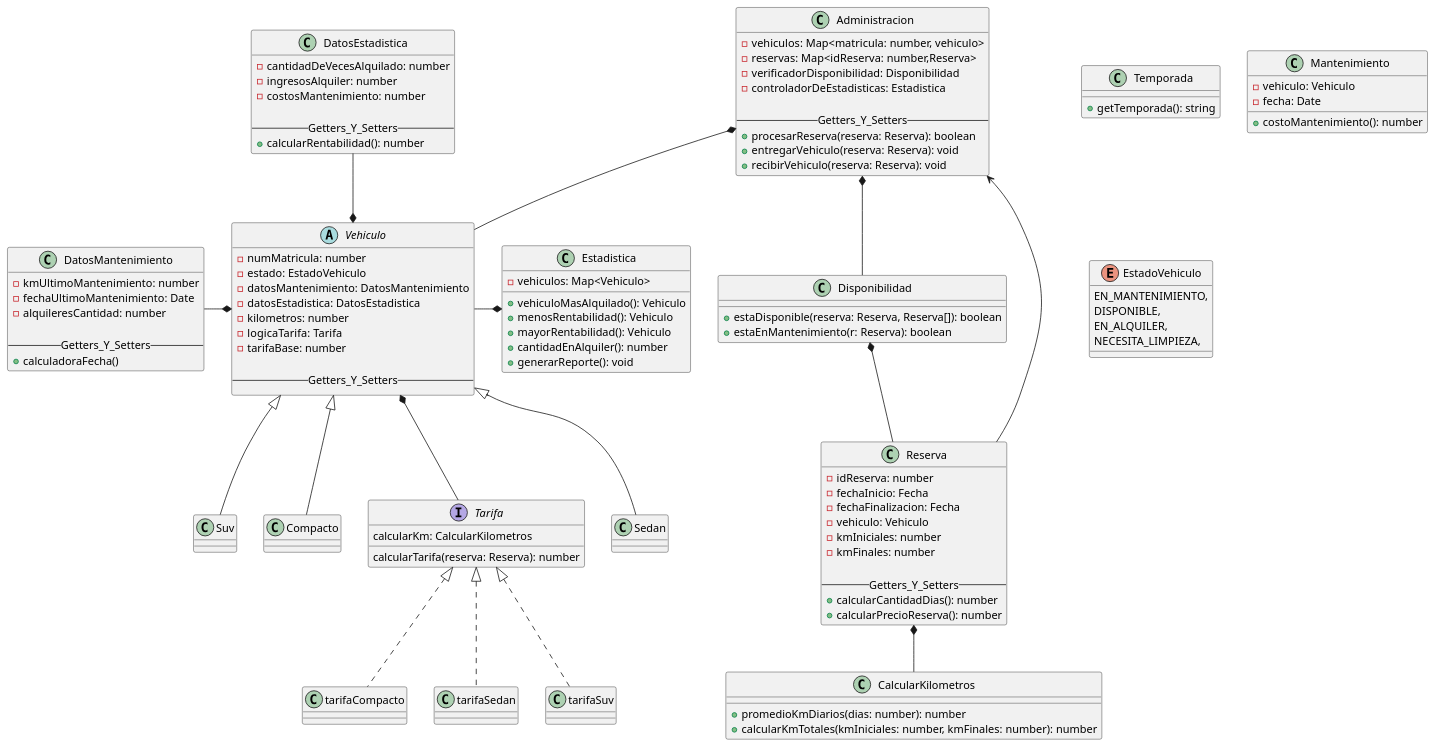
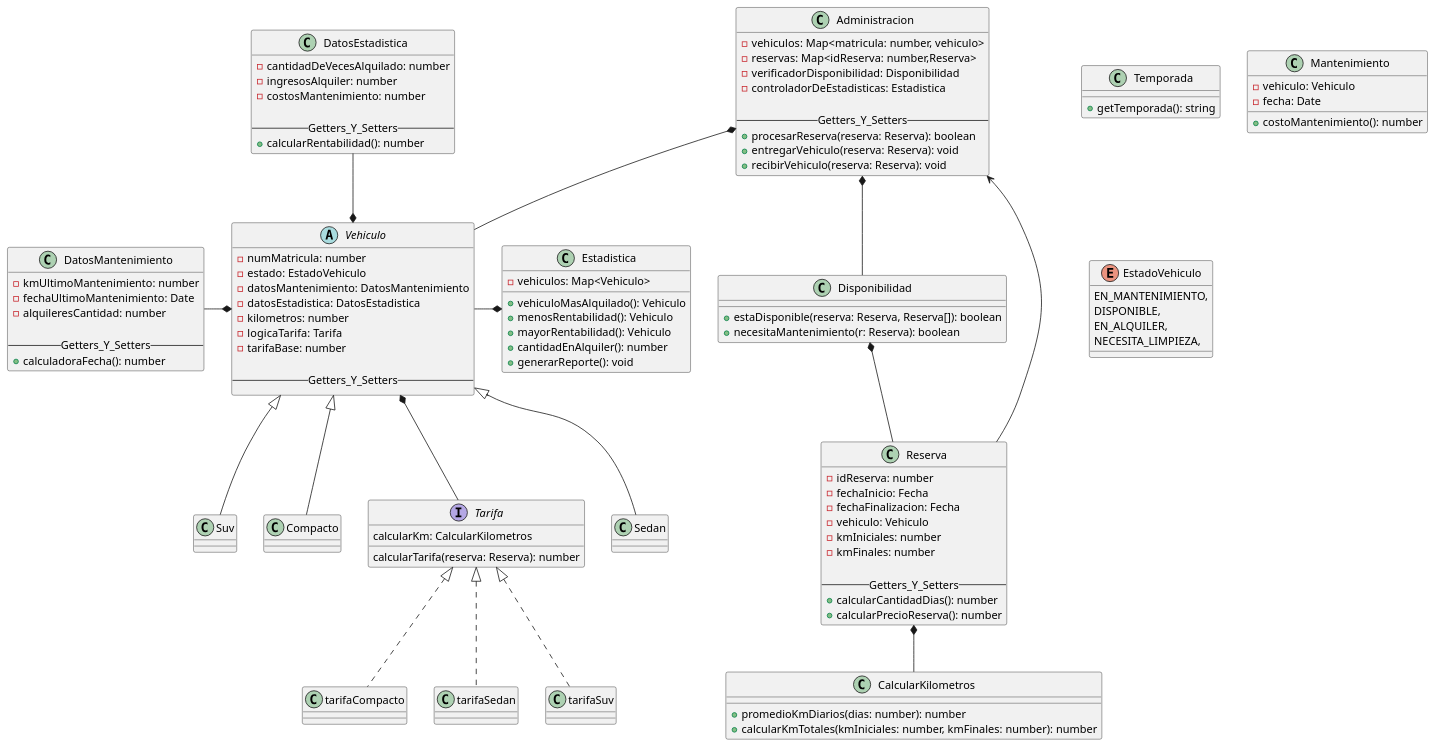
The diagram in diagrama/DiagramaDeClases_enu2.puml (Nash-Blip/Programaci-n-II), drawn with PlantUML before and after one commit. The commit also changed 2 other files, not shown here.

```diff
--- a/diagrama/DiagramaDeClases_enu2.puml
+++ b/diagrama/DiagramaDeClases_enu2.puml
@@ -1,122 +1,122 @@
 @startuml name prototipoTP
 
 abstract class Vehiculo{
     - numMatricula: number
     - estado: EstadoVehiculo
     - datosMantenimiento: DatosMantenimiento
     - datosEstadistica: DatosEstadistica
     - kilometros: number
     - logicaTarifa: Tarifa
     - tarifaBase: number
 
     --Getters_Y_Setters--
 }
 
 class Sedan extends Vehiculo{}
 class Suv extends Vehiculo{}
 class Compacto extends Vehiculo{}
 
 class Temporada{
     +getTemporada(): string
 }
 
 class DatosEstadistica{
     -cantidadDeVecesAlquilado: number
     -ingresosAlquiler: number
     -costosMantenimiento: number
 
     --Getters_Y_Setters--
     +calcularRentabilidad(): number
 }
 
 class Mantenimiento{
     -vehiculo: Vehiculo
     -fecha: Date
 
     +costoMantenimiento(): number
 }
 
 class DatosMantenimiento{
     -kmUltimoMantenimiento: number
     -fechaUltimoMantenimiento: Date 
     -alquileresCantidad: number
 
     --Getters_Y_Setters--
-    + calculadoraFecha()
+    + calculadoraFecha(): number
 }
 
 interface Tarifa{
     calcularKm: CalcularKilometros
     calcularTarifa(reserva: Reserva): number
 }
 
 class tarifaSuv implements Tarifa{}
 
 class tarifaCompacto implements Tarifa{}
 
 class tarifaSedan implements Tarifa{}
 
 class Reserva{
     -idReserva: number
     -fechaInicio: Fecha
     -fechaFinalizacion: Fecha
     -vehiculo: Vehiculo
     -kmIniciales: number
     -kmFinales: number
 
     --Getters_Y_Setters--
     +calcularCantidadDias(): number
     +calcularPrecioReserva(): number
 }
 
 class CalcularKilometros{
     +promedioKmDiarios(dias: number): number
     +calcularKmTotales(kmIniciales: number, kmFinales: number): number
 }
 
 enum EstadoVehiculo{
     EN_MANTENIMIENTO,
     DISPONIBLE,
     EN_ALQUILER,
     NECESITA_LIMPIEZA,
 }
 
 class Administracion{
     -vehiculos: Map<matricula: number, vehiculo>
     -reservas: Map<idReserva: number,Reserva>
     -verificadorDisponibilidad: Disponibilidad
     -controladorDeEstadisticas: Estadistica
 
     --Getters_Y_Setters--
     +procesarReserva(reserva: Reserva): boolean
     +entregarVehiculo(reserva: Reserva): void
     +recibirVehiculo(reserva: Reserva): void
 }
 
 class Disponibilidad{
-    +estaDisponible(reserva: Reserva, Reserva[]): boolean
-    + estaEnMantenimiento(r: Reserva): boolean
+    + estaDisponible(reserva: Reserva, Reserva[]): boolean
+    + necesitaMantenimiento(r: Reserva): boolean
 }
 
 class Estadistica{
     -vehiculos: Map<Vehiculo>
     + vehiculoMasAlquilado(): Vehiculo
     + menosRentabilidad(): Vehiculo
     + mayorRentabilidad(): Vehiculo
     + cantidadEnAlquiler(): number
     + generarReporte(): void
 }
 
 
 ' Relaciones
 Vehiculo *-- Tarifa
 Administracion *-- Vehiculo
 Disponibilidad *-- Reserva
 Reserva *-- CalcularKilometros
 Administracion *-- Disponibilidad
 Administracion <-- Reserva
 Vehiculo *-u- DatosEstadistica
 Vehiculo *-l- DatosMantenimiento
 Estadistica *-l- Vehiculo
 
 @enduml
```
